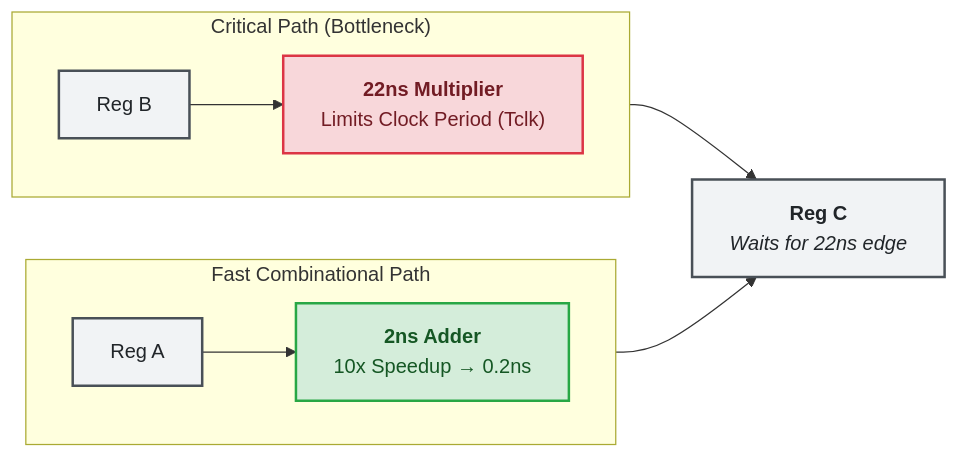
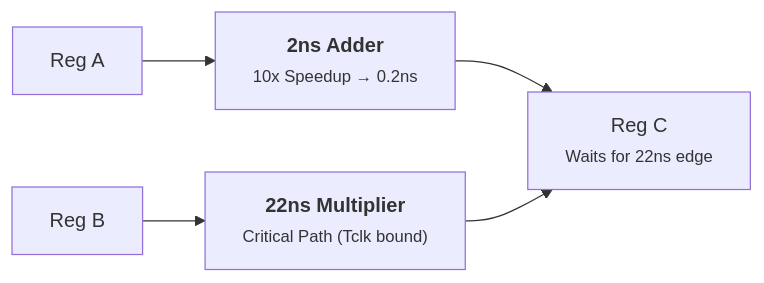
One commit to schlafer/sazidmahmud.bd changed the second of 6 diagrams in content/posts/11-Why AI Won’t 10x Your Software Team/index.md. Above: the diagram before and after it, drawn with Mermaid. The commit also changed other lines of this file and 2 other files, not shown here.

Commit message:
style(blog): redesign diagrams with clean architectural aesthetic and restrained palette

````diff
--- a/content/posts/11-Why AI Won’t 10x Your Software Team/index.md
+++ b/content/posts/11-Why AI Won’t 10x Your Software Team/index.md
@@ -87,19 +79,7 @@
 ```mermaid
 flowchart LR
-    subgraph FastPath["Fast Combinational Path"]
-        direction LR
-        RegA["Reg A"]:::reg --> Adder["<b>2ns Adder</b><br/>10x Speedup → 0.2ns"]:::green
-    end
-
-    subgraph CritPath["Critical Path (Bottleneck)"]
-        direction LR
-        RegB["Reg B"]:::reg --> Mult["<b>22ns Multiplier</b><br/>Limits Clock Period (Tclk)"]:::red
-    end
-
-    Adder --> RegC["<b>Reg C</b><br/><i>Waits for 22ns edge</i>"]:::reg
-    Mult --> RegC
-
-    classDef green fill:#d4edda,stroke:#28a745,stroke-width:2px,color:#155724;
-    classDef red fill:#f8d7da,stroke:#dc3545,stroke-width:2px,color:#721c24;
-    classDef reg fill:#f1f3f5,stroke:#495057,stroke-width:2px,color:#212529;
+    RegA["Reg A"]:::reg --> FastPath["<b>2ns Adder</b><br/><small>10x Speedup → 0.2ns</small>"]:::fast
+    RegB["Reg B"]:::reg --> CritPath["<b>22ns Multiplier</b><br/><small>Critical Path (Tclk bound)</small>"]:::bottleneck
+    FastPath --> RegC["Reg C<br/><small>Waits for 22ns edge</small>"]:::reg
+    CritPath --> RegC
 ```
````
